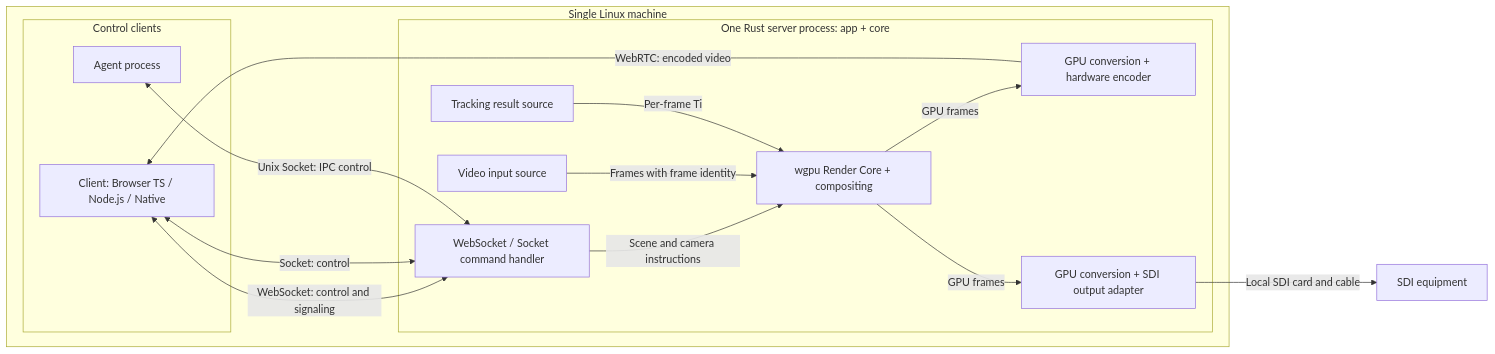
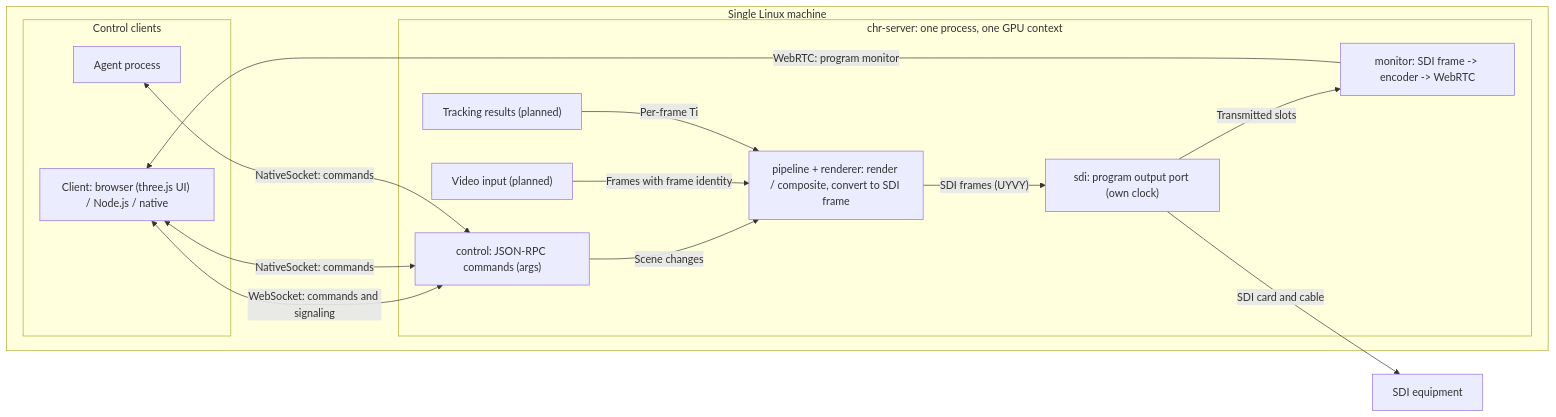
The diagram in docs/render-server-client-design.md (xiaoyxue/chr), drawn with Mermaid before and after one commit. The commit also changed other lines of this file and 1 other file, not shown here.

First line of the commit message:
docs: align render server design with the SDI-first implementation

````diff
--- a/docs/render-server-client-design.md
+++ b/docs/render-server-client-design.md
@@ -34,28 +37,28 @@
 ```mermaid
 flowchart LR
     subgraph host["Single Linux machine"]
         subgraph clients["Control clients"]
-            client["Client: Browser TS / Node.js / Native"]
+            client["Client: browser (three.js UI) / Node.js / native"]
             agent["Agent process"]
         end
-        subgraph process["One Rust server process: app + core"]
-            control["WebSocket / Socket command handler"]
-            input["Video input source"]
-            track["Tracking result source"]
-            core["wgpu Render Core + compositing"]
-            encode["GPU conversion + hardware encoder"]
-            sdi["GPU conversion + SDI output adapter"]
+        subgraph process["chr-server: one process, one GPU context"]
+            control["control: JSON-RPC commands (args)"]
+            input["Video input (planned)"]
+            track["Tracking results (planned)"]
+            pipeline["pipeline + renderer: render / composite, convert to SDI frame"]
+            sdi["sdi: program output port (own clock)"]
+            monitor["monitor: SDI frame -> encoder -> WebRTC"]
 
-            control -->|"Scene and camera instructions"| core
-            input -->|"Frames with frame identity"| core
-            track -->|"Per-frame Ti"| core
-            core -->|"GPU frames"| encode
-            core -->|"GPU frames"| sdi
+            control -->|"Scene changes"| pipeline
+            input -->|"Frames with frame identity"| pipeline
+            track -->|"Per-frame Ti"| pipeline
+            pipeline -->|"SDI frames (UYVY)"| sdi
+            sdi -->|"Transmitted slots"| monitor
         end
-        client <-->|"WebSocket: control and signaling"| control
-        client <-->|"Socket: control"| control
-        agent <-->|"Unix Socket: IPC control"| control
-        encode -->|"WebRTC: encoded video"| client
+        client <-->|"WebSocket: commands and signaling"| control
+        client <-->|"NativeSocket: commands"| control
+        agent <-->|"NativeSocket: commands"| control
+        monitor -->|"WebRTC: program monitor"| client
     end
-    sdi -->|"Local SDI card and cable"| equipment["SDI equipment"]
+    sdi -->|"SDI card and cable"| equipment["SDI equipment"]
 ```
````
